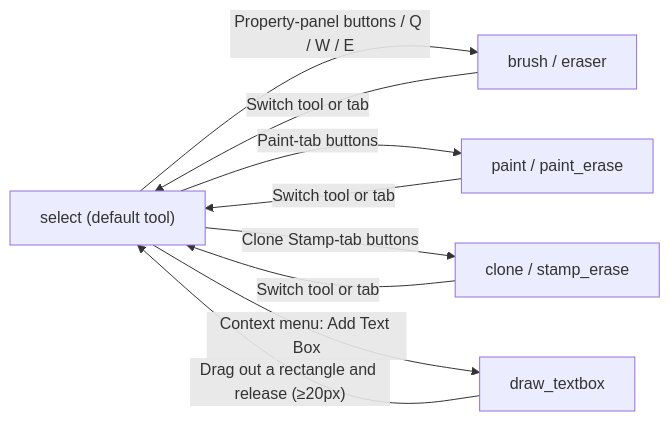
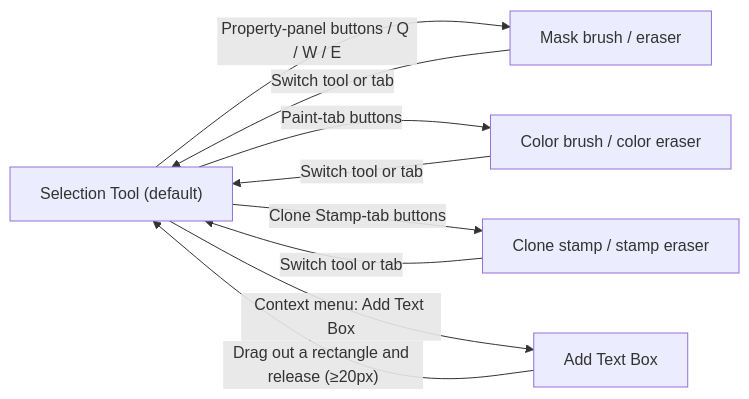
The first of 2 diagrams in doc/wiki/en/desktop/editor/canvas-tools-and-selection.md (hgmzhn/manga-translator-ui), drawn with Mermaid before and after one commit. The commit also changed other lines of this file and 252 other files, not shown here.

````diff
--- a/doc/wiki/en/desktop/editor/canvas-tools-and-selection.md
+++ b/doc/wiki/en/desktop/editor/canvas-tools-and-selection.md
@@ -86,11 +63,11 @@
 ```mermaid
 flowchart LR
-    S["select (default tool)"] -->|"Property-panel buttons / Q / W / E"| B["brush / eraser"]
-    S -->|"Paint-tab buttons"| P["paint / paint_erase"]
-    S -->|"Clone Stamp-tab buttons"| C["clone / stamp_erase"]
-    S -->|"Context menu: Add Text Box"| D["draw_textbox"]
+    S["Selection Tool (default)"] -->|"Property-panel buttons / Q / W / E"| B["Mask brush / eraser"]
+    S -->|"Paint-tab buttons"| P["Color brush / color eraser"]
+    S -->|"Clone Stamp-tab buttons"| C["Clone stamp / stamp eraser"]
+    S -->|"Context menu: Add Text Box"| D["Add Text Box"]
     D -->|"Drag out a rectangle and release (≥20px)"| S
     B -->|"Switch tool or tab"| S
     P -->|"Switch tool or tab"| S
     C -->|"Switch tool or tab"| S
 ```
````
